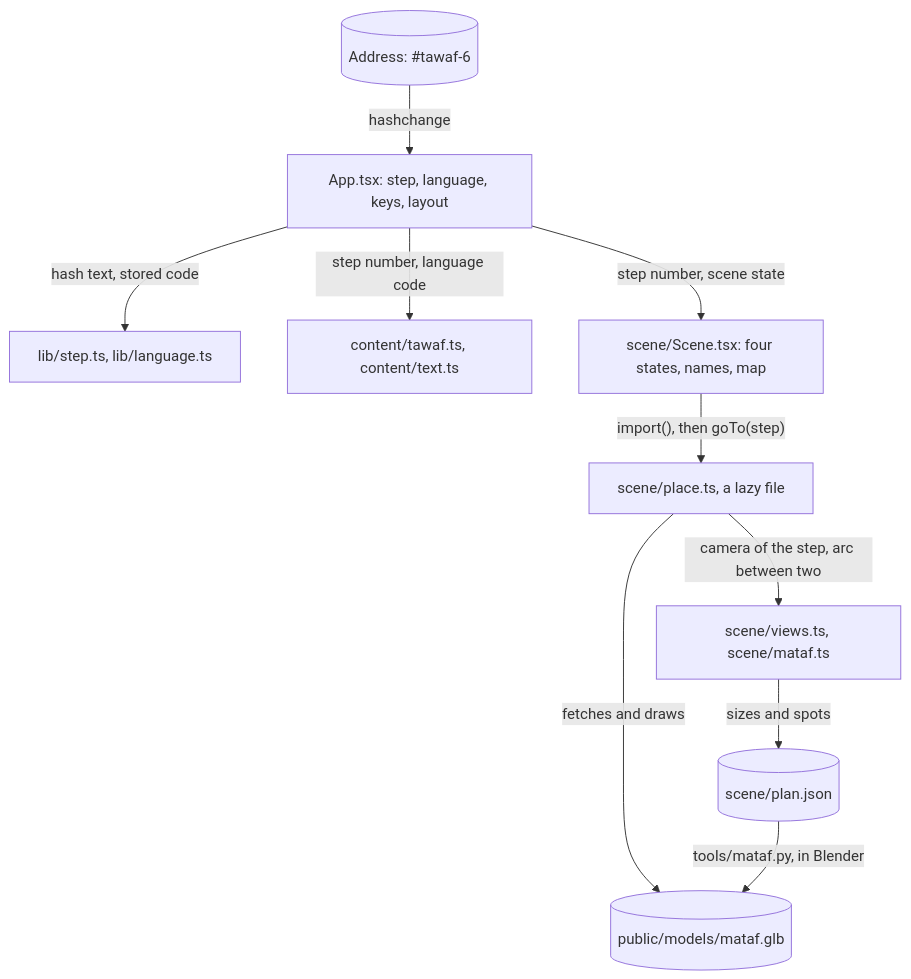
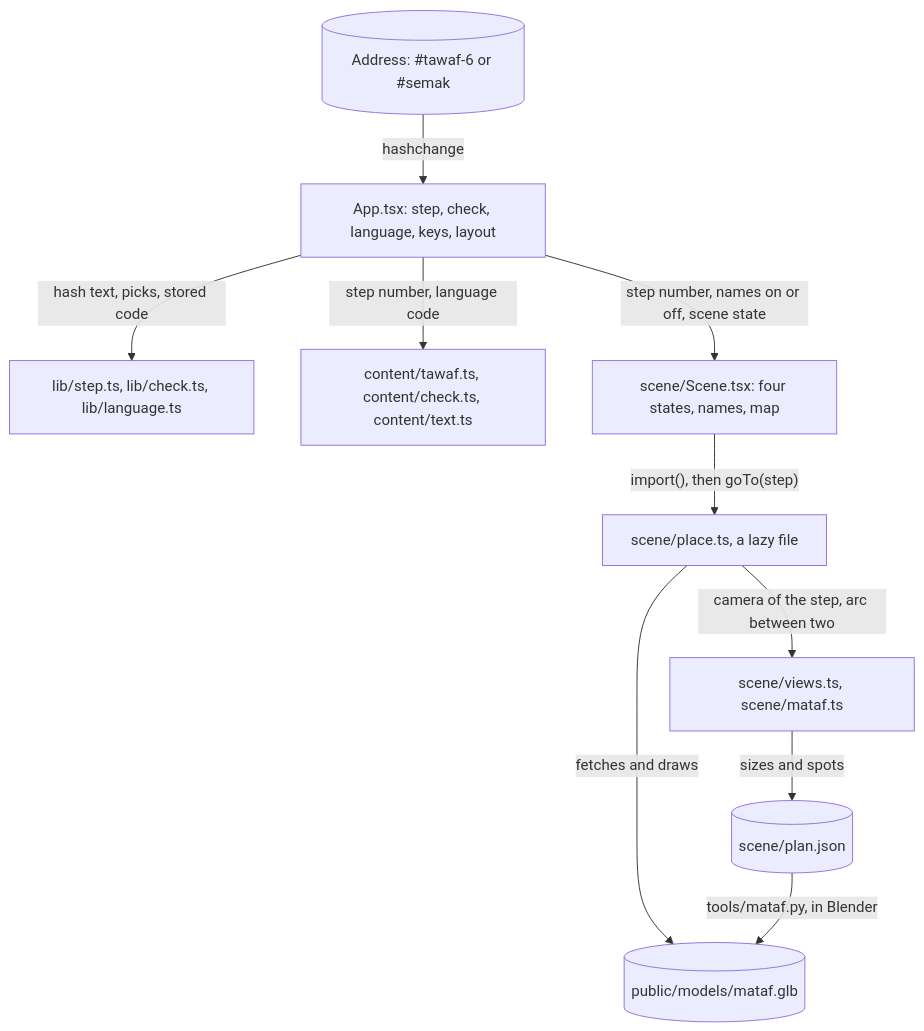
One commit to dzaffren/isfar changed the second of 2 diagrams in docs/ARCHITECTURE.md. Above: the diagram before and after it, drawn with Mermaid. The commit also changed other lines of this file and 29 other files, not shown here.

First line of the commit message:
feat(check): check what the person learned after the tawaf walk (#4)

````diff
--- a/docs/ARCHITECTURE.md
+++ b/docs/ARCHITECTURE.md
@@ -16,21 +16,21 @@
 ```mermaid
 flowchart TB
-    HASH[("Address: #tawaf-6")]
-    APP["App.tsx: step, language, keys, layout"]
-    LIB["lib/step.ts, lib/language.ts"]
-    TEXT["content/tawaf.ts, content/text.ts"]
+    HASH[("Address: #tawaf-6 or #semak")]
+    APP["App.tsx: step, check, language, keys, layout"]
+    LIB["lib/step.ts, lib/check.ts, lib/language.ts"]
+    TEXT["content/tawaf.ts, content/check.ts, content/text.ts"]
     SCENE["scene/Scene.tsx: four states, names, map"]
     PLACE["scene/place.ts, a lazy file"]
     VIEWS["scene/views.ts, scene/mataf.ts"]
     PLAN[("scene/plan.json")]
     GLB[("public/models/mataf.glb")]
     HASH -- "hashchange" --> APP
-    APP -- "hash text, stored code" --> LIB
+    APP -- "hash text, picks, stored code" --> LIB
     APP -- "step number, language code" --> TEXT
-    APP -- "step number, scene state" --> SCENE
+    APP -- "step number, names on or off, scene state" --> SCENE
     SCENE -- "import(), then goTo(step)" --> PLACE
     PLACE -- "camera of the step, arc between two" --> VIEWS
     VIEWS -- "sizes and spots" --> PLAN
     PLACE -- "fetches and draws" --> GLB
     PLAN -- "tools/mataf.py, in Blender" --> GLB
 ```
````
